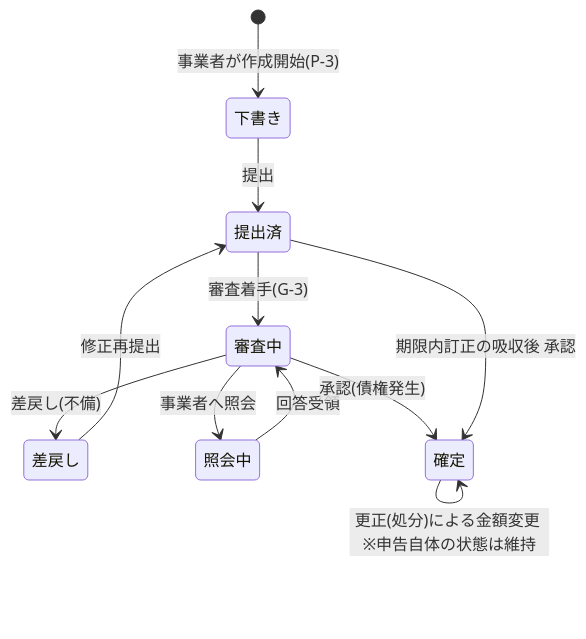
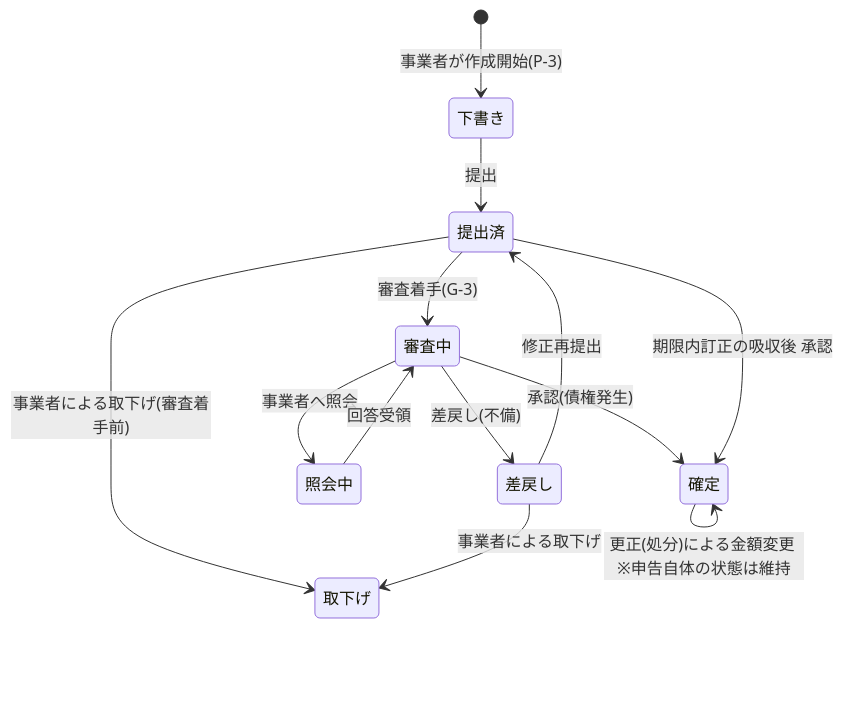
One commit to hhhryoma/work changed the first of 7 diagrams in docs/fossil-fuel-levy/状態遷移定義.md. Above: the diagram before and after it, drawn with Mermaid. The commit also changed other lines of this file and 6 other files, not shown here.

````diff
--- a/docs/fossil-fuel-levy/状態遷移定義.md
+++ b/docs/fossil-fuel-levy/状態遷移定義.md
@@ -8,13 +8,15 @@
 ```mermaid
 stateDiagram-v2
     [*] --> 下書き : 事業者が作成開始(P-3)
     下書き --> 提出済 : 提出
     提出済 --> 審査中 : 審査着手(G-3)
     審査中 --> 差戻し : 差戻し(不備)
     審査中 --> 照会中 : 事業者へ照会
     照会中 --> 審査中 : 回答受領
     差戻し --> 提出済 : 修正再提出
+    提出済 --> 取下げ : 事業者による取下げ(審査着手前)
+    差戻し --> 取下げ : 事業者による取下げ
     審査中 --> 確定 : 承認(債権発生)
     提出済 --> 確定 : 期限内訂正の吸収後 承認
     確定 --> 確定 : 更正(処分)による金額変更 ※申告自体の状態は維持
 ```
````
